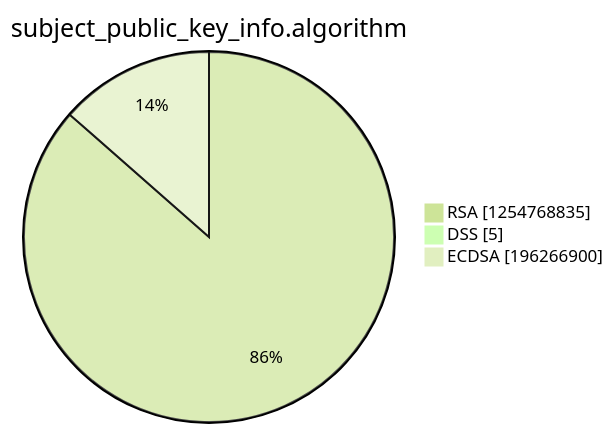
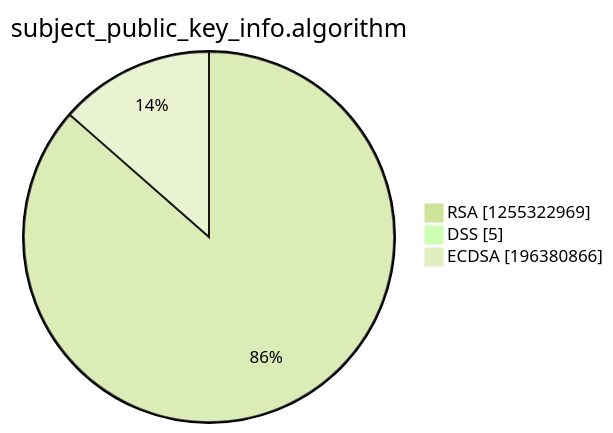
One commit to christiankrug/ctmonitor_visualization changed the third of 15 diagrams in argon2022/README.md. Above: the diagram before and after it, drawn with Mermaid (forest theme). The commit also changed other lines of this file, not shown here.

````diff
--- a/argon2022/README.md
+++ b/argon2022/README.md
@@ -14,7 +14,7 @@
 ```mermaid
 pie showData
 title subject_public_key_info.algorithm
-"RSA" :1254768835
+"RSA" :1255322969
 "DSS" :5
-"ECDSA" :196266900
+"ECDSA" :196380866
 ```
````
